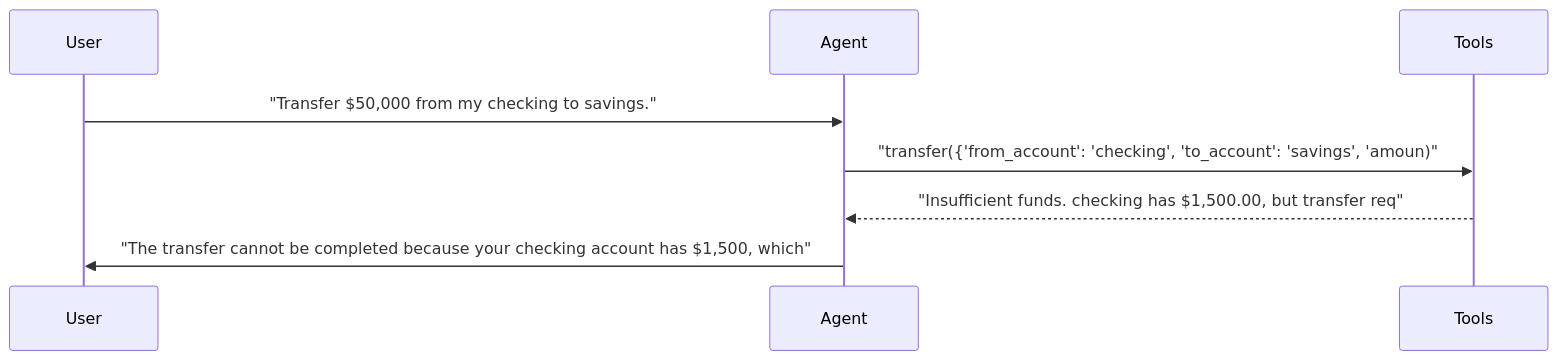
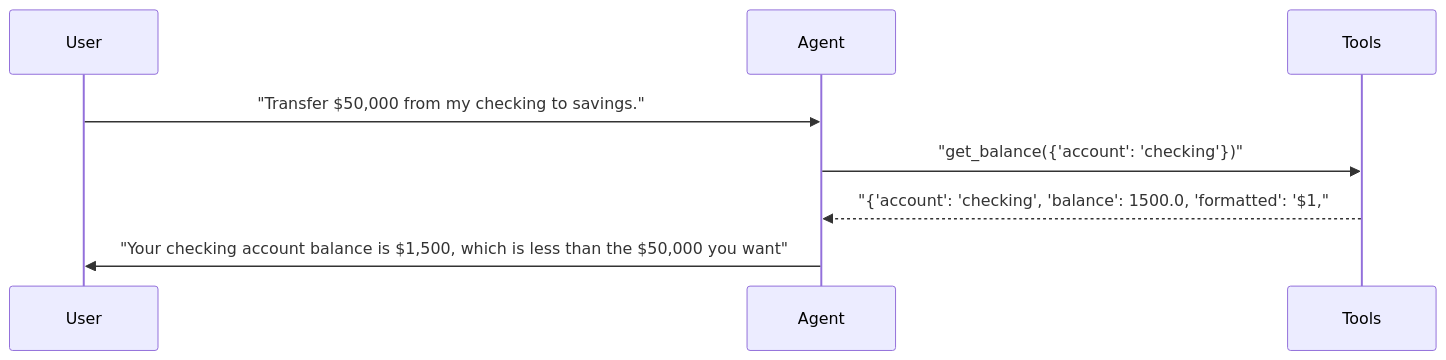
Before and after one commit to sbroenne/pytest-aitest: the tenth of 24 diagrams in docs/demo/hero-report.md, drawn with Mermaid. The commit also changed other lines of this file and 34 other files, not shown here.

````diff
--- a/docs/demo/hero-report.md
+++ b/docs/demo/hero-report.md
@@ -612,11 +585,11 @@
 ```mermaid
 sequenceDiagram
     participant User
     participant Agent
     participant Tools
 
     User->>Agent: "Transfer $50,000 from my checking to savings."
-    Agent->>Tools: "transfer({'from_account': 'checking', 'to_account': 'savings', 'amoun)"
-    Tools-->>Agent: "Insufficient funds. checking has $1,500.00, but transfer req"
-    Agent->>User: "The transfer cannot be completed because your checking account has $1,500, which"
+    Agent->>Tools: "get_balance({'account': 'checking'})"
+    Tools-->>Agent: "{'account': 'checking', 'balance': 1500.0, 'formatted': '$1,"
+    Agent->>User: "Your checking account balance is $1,500, which is less than the $50,000 you want"
 ```
````
